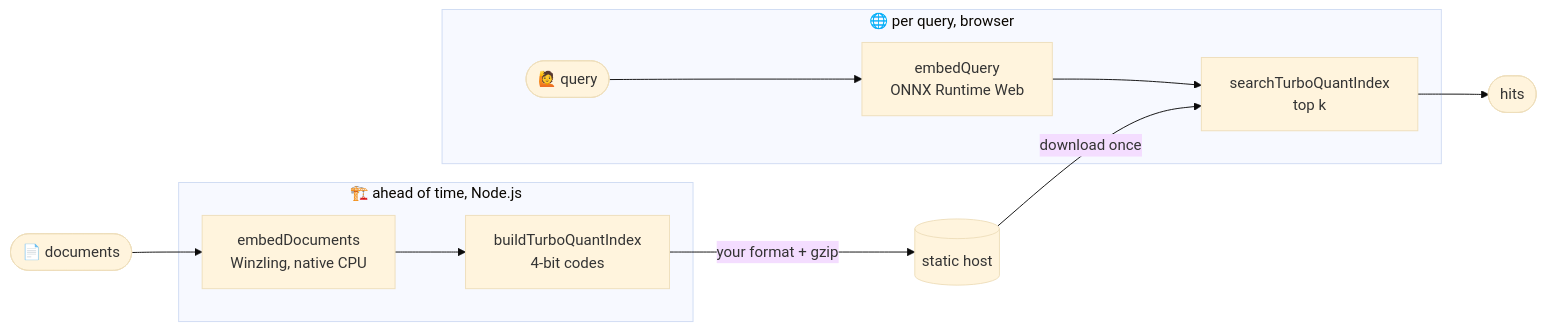
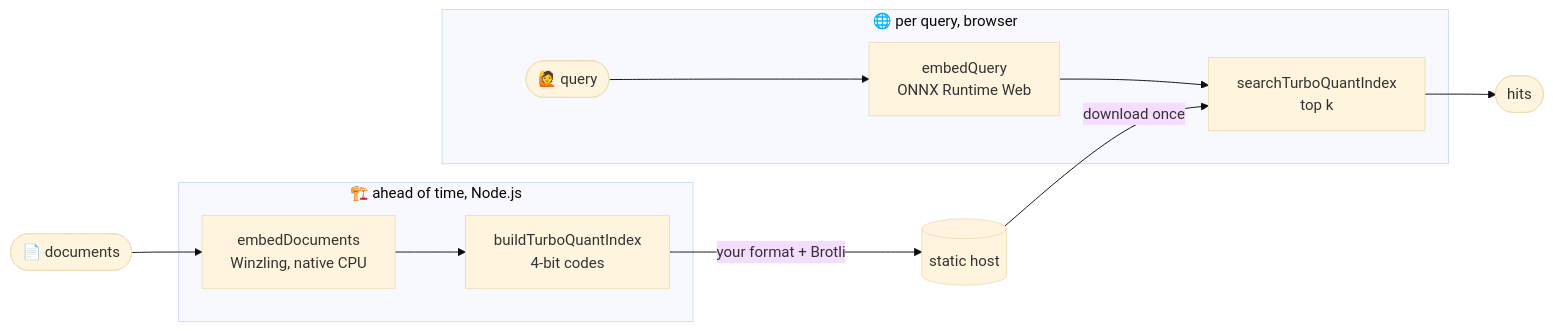
The first of 2 diagrams in README.md (kyr0/defuss-vectorsearch), drawn with Mermaid (base theme) before and after one commit. The commit also changed other lines of this file and 65 other files, not shown here.

````diff
--- a/README.md
+++ b/README.md
@@ -27,18 +27,18 @@
 ```mermaid
 flowchart LR
     D(["📄 documents"]) --> E1
 
     subgraph build ["🏗️ ahead of time, Node.js"]
         E1["embedDocuments<br/>Winzling, native CPU"] --> B["buildTurboQuantIndex<br/>4-bit codes"]
     end
 
-    B -->|"your format + gzip"| H[("static host")]
+    B -->|"your format + Brotli"| H[("static host")]
 
     subgraph browser ["🌐 per query, browser"]
         Q(["🙋 query"]) --> E2["embedQuery<br/>ONNX Runtime Web"]
         E2 --> S["searchTurboQuantIndex<br/>top k"]
     end
 
     H -->|"download once"| S
     S --> R(["hits"])
 ```
````
